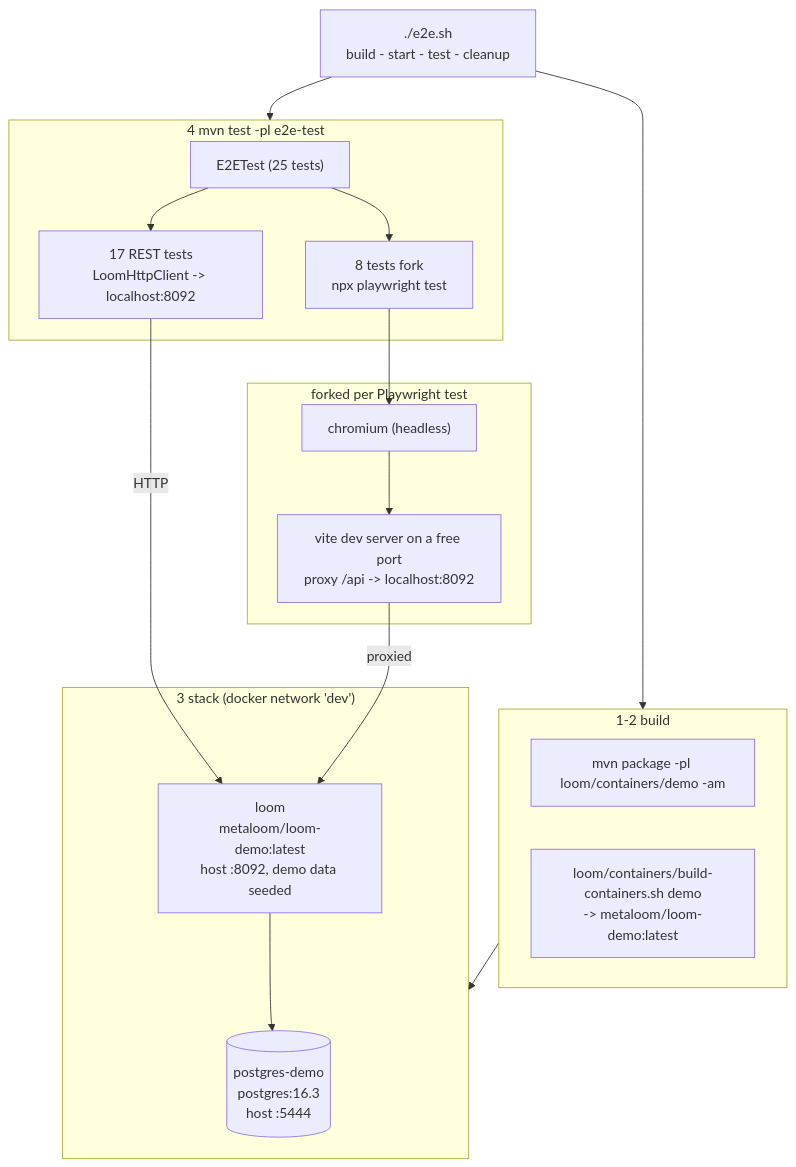
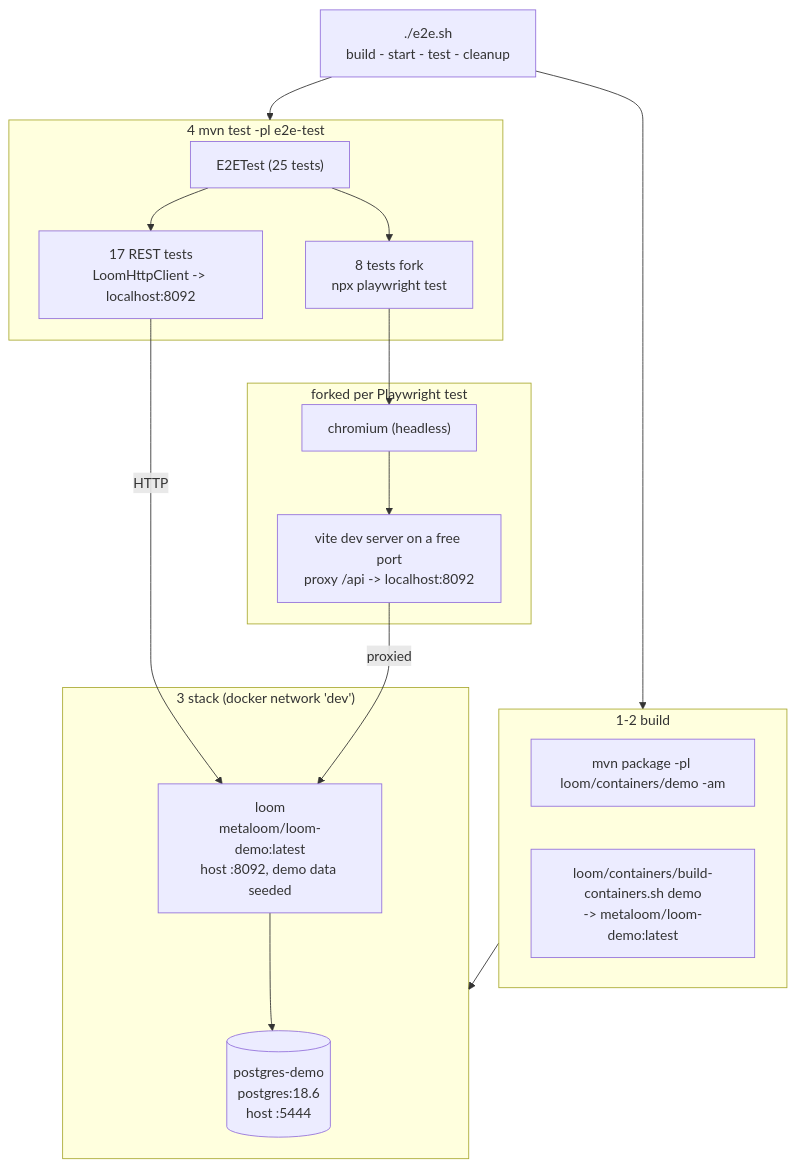
The diagram in spec/test/E2E_TESTS.md (metaloom/metaloom), drawn with Mermaid before and after one commit. The commit also changed 85 other files, not shown here.

````diff
--- a/spec/test/E2E_TESTS.md
+++ b/spec/test/E2E_TESTS.md
@@ -29,30 +29,30 @@
 ```mermaid
 graph TB
     SH["./e2e.sh<br/>build - start - test - cleanup"]
     subgraph BUILD["1-2 build"]
         MVN["mvn package -pl loom/containers/demo -am"]
         IMG["loom/containers/build-containers.sh demo<br/>-> metaloom/loom-demo:latest"]
     end
     subgraph STACK["3 stack (docker network 'dev')"]
-        PG[("postgres-demo<br/>postgres:16.3<br/>host :5444")]
+        PG[("postgres-demo<br/>postgres:18.6<br/>host :5444")]
         DEMO["loom<br/>metaloom/loom-demo:latest<br/>host :8092, demo data seeded"]
         DEMO --> PG
     end
     subgraph TEST["4 mvn test -pl e2e-test"]
         E2E["E2ETest (25 tests)"]
         REST["17 REST tests<br/>LoomHttpClient -> localhost:8092"]
         PW["8 tests fork<br/>npx playwright test <spec>"]
         E2E --> REST
         E2E --> PW
     end
     subgraph BROWSER["forked per Playwright test"]
         VITE["vite dev server on a free port<br/>proxy /api -> localhost:8092"]
         CHR["chromium (headless)"]
         CHR --> VITE
     end
     SH --> BUILD --> STACK
     SH --> TEST
     REST -->|HTTP| DEMO
     PW --> CHR
     VITE -->|proxied| DEMO
 ```
````
